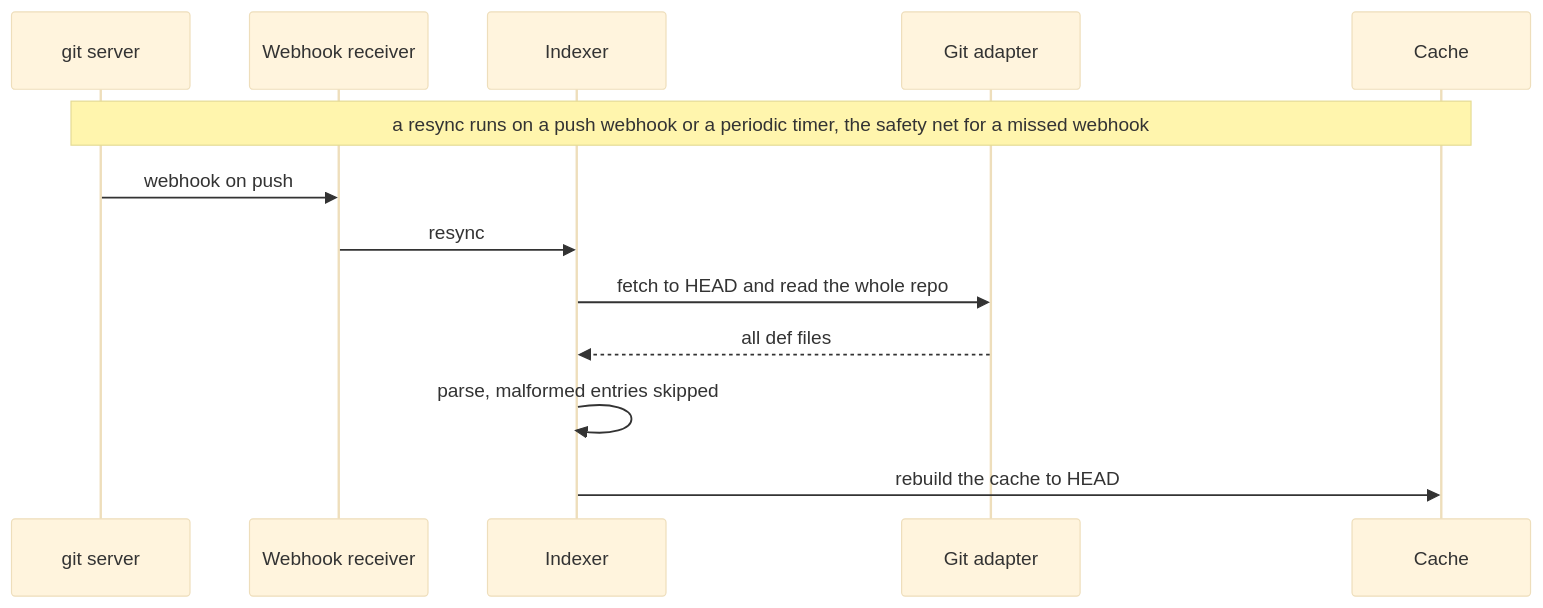
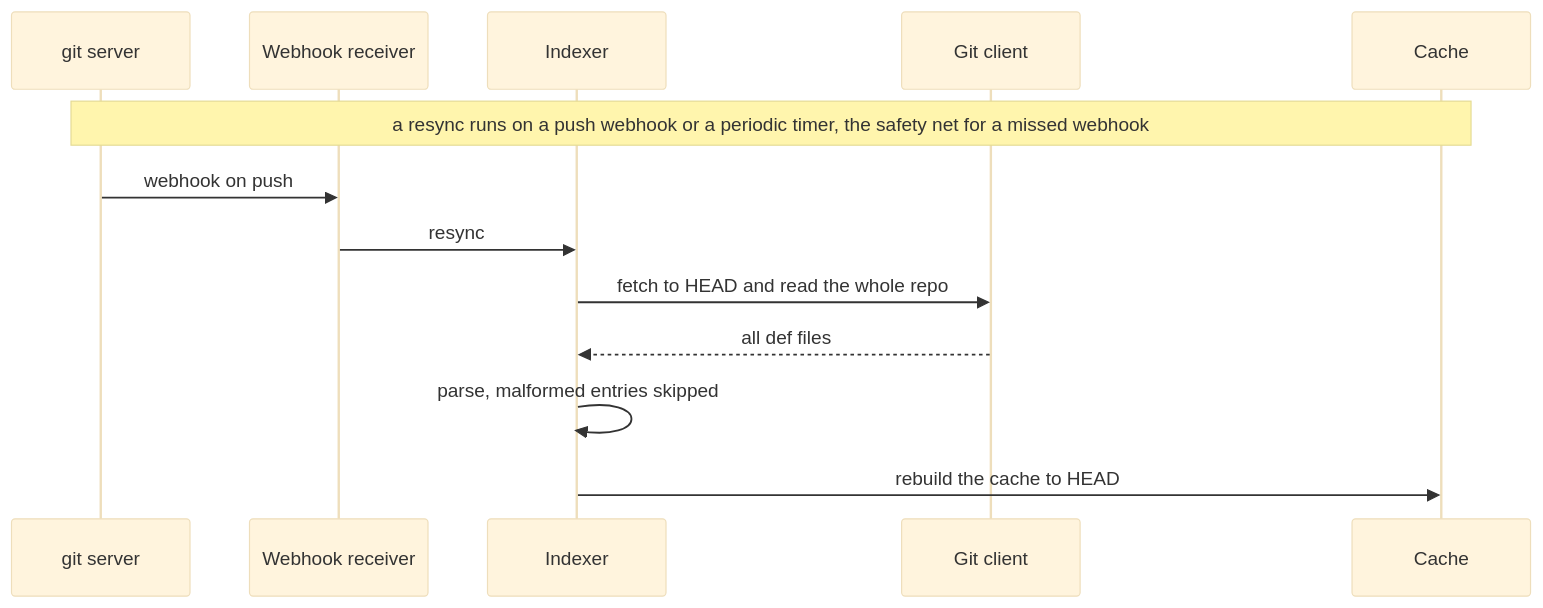
One commit to Netcracker/qubership-envgene changed the fourth of 5 diagrams in docs/analysis/app-reg-def/service/architecture.md. Above: the diagram before and after it, drawn with Mermaid (base theme). The commit also changed other lines of this file and 5 other files, not shown here.

````diff
--- a/docs/analysis/app-reg-def/service/architecture.md
+++ b/docs/analysis/app-reg-def/service/architecture.md
@@ -90,15 +95,15 @@
 ```mermaid
 sequenceDiagram
   participant GS as git server
   participant WR as Webhook receiver
   participant IX as Indexer
-  participant GA as Git adapter
+  participant GA as Git client
   participant Cache
   Note over GS,Cache: a resync runs on a push webhook or a periodic timer, the safety net for a missed webhook
   GS->>WR: webhook on push
   WR->>IX: resync
   IX->>GA: fetch to HEAD and read the whole repo
   GA-->>IX: all def files
   IX->>IX: parse, malformed entries skipped
   IX->>Cache: rebuild the cache to HEAD
 ```
````
